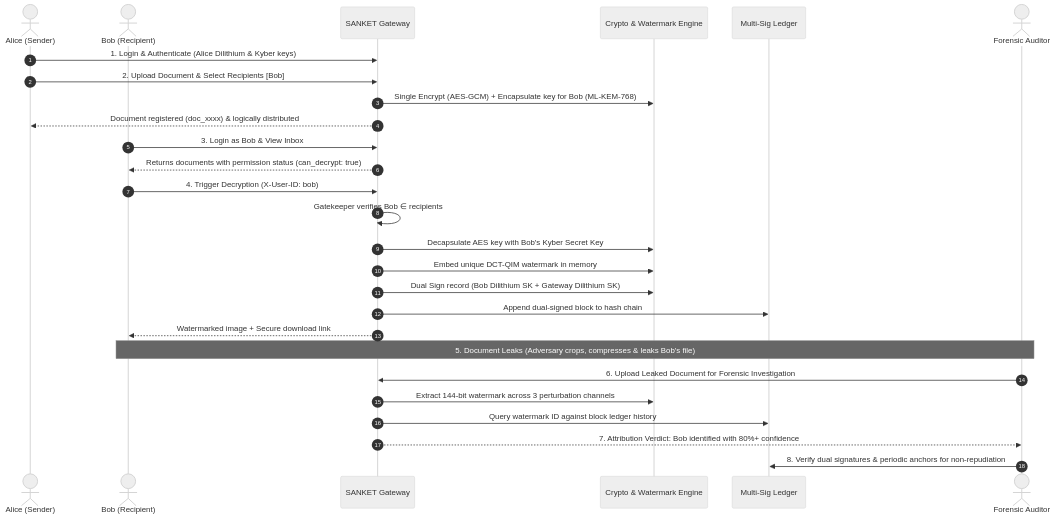
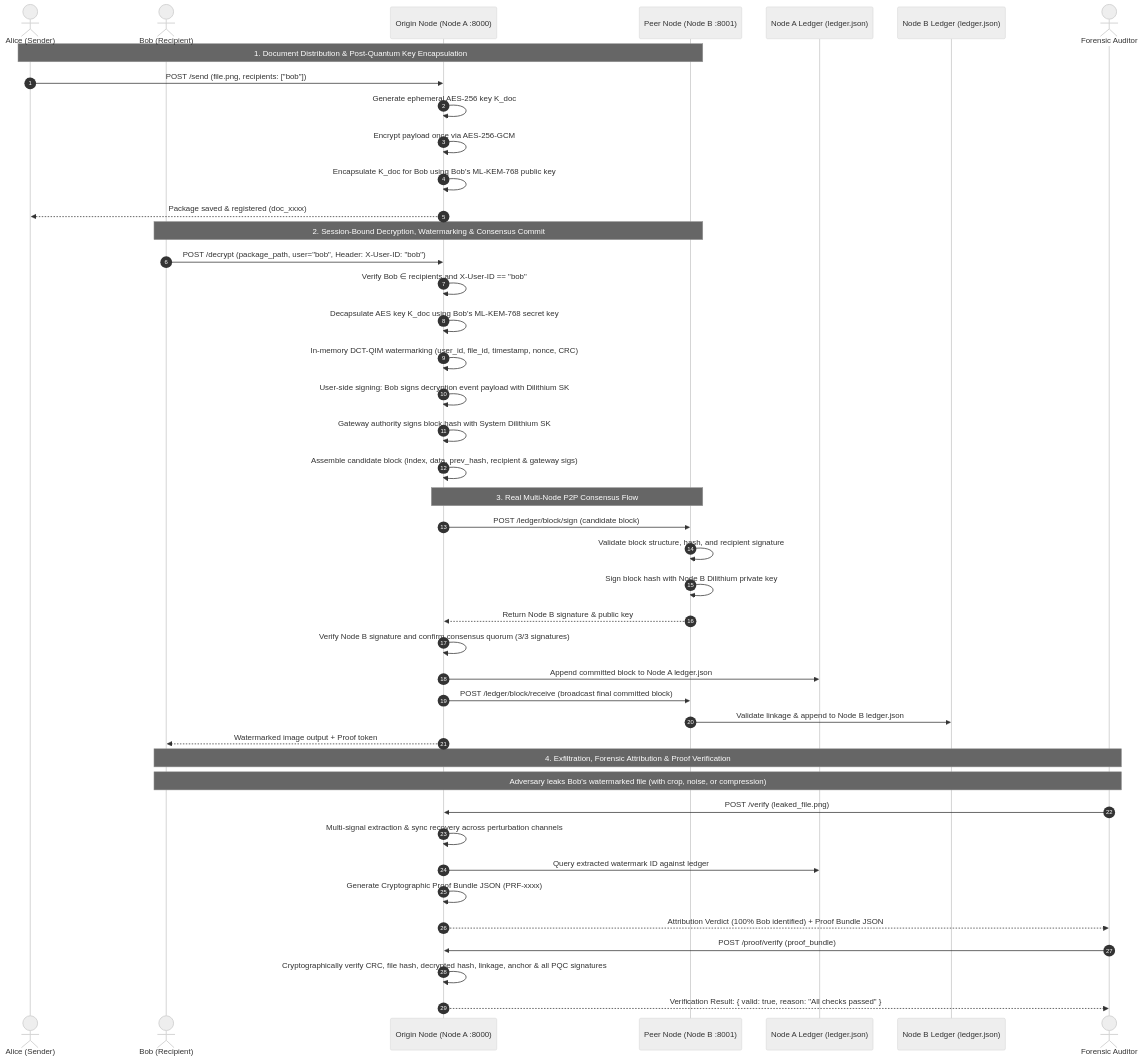
One commit to SuyashGargote/SANKET changed the second of 2 diagrams in docs/SYSTEM_ARCHITECTURE_AND_EXECUTION_GUIDE.md. Above: the diagram before and after it, drawn with Mermaid (neutral theme). The commit also changed other lines of this file and 21 other files, not shown here.

````diff
--- a/docs/SYSTEM_ARCHITECTURE_AND_EXECUTION_GUIDE.md
+++ b/docs/SYSTEM_ARCHITECTURE_AND_EXECUTION_GUIDE.md
@@ -80,33 +93,49 @@
 ```mermaid
 sequenceDiagram
     autonumber
     actor Alice as Alice (Sender)
     actor Bob as Bob (Recipient)
-    participant API as SANKET Gateway
-    participant PQC as Crypto & Watermark Engine
-    participant Ledger as Multi-Sig Ledger
+    participant Origin as Origin Node (Node A :8000)
+    participant Peer as Peer Node (Node B :8001)
+    participant LocalLedger as Node A Ledger (ledger.json)
+    participant PeerLedger as Node B Ledger (ledger.json)
     actor Auditor as Forensic Auditor
 
-    Alice->>API: 1. Login & Authenticate (Alice Dilithium & Kyber keys)
-    Alice->>API: 2. Upload Document & Select Recipients [Bob]
-    API->>PQC: Single Encrypt (AES-GCM) + Encapsulate key for Bob (ML-KEM-768)
-    API-->>Alice: Document registered (doc_xxxx) & logically distributed
+    Note over Alice,Peer: 1. Document Distribution & Post-Quantum Key Encapsulation
+    Alice->>Origin: POST /send (file.png, recipients: ["bob"])
+    Origin->>Origin: Generate ephemeral AES-256 key K_doc
+    Origin->>Origin: Encrypt payload once via AES-256-GCM
+    Origin->>Origin: Encapsulate K_doc for Bob using Bob's ML-KEM-768 public key
+    Origin-->>Alice: Package saved & registered (doc_xxxx)
 
-    Bob->>API: 3. Login as Bob & View Inbox
-    API-->>Bob: Returns documents with permission status (can_decrypt: true)
+    Note over Bob,Peer: 2. Session-Bound Decryption, Watermarking & Consensus Commit
+    Bob->>Origin: POST /decrypt (package_path, user="bob", Header: X-User-ID: "bob")
+    Origin->>Origin: Verify Bob ∈ recipients and X-User-ID == "bob"
+    Origin->>Origin: Decapsulate AES key K_doc using Bob's ML-KEM-768 secret key
+    Origin->>Origin: In-memory DCT-QIM watermarking (user_id, file_id, timestamp, nonce, CRC)
+    Origin->>Origin: User-side signing: Bob signs decryption event payload with Dilithium SK
+    Origin->>Origin: Gateway authority signs block hash with System Dilithium SK
+    Origin->>Origin: Assemble candidate block (index, data, prev_hash, recipient & gateway sigs)
 
-    Bob->>API: 4. Trigger Decryption (X-User-ID: bob)
-    API->>API: Gatekeeper verifies Bob ∈ recipients
-    API->>PQC: Decapsulate AES key with Bob's Kyber Secret Key
-    API->>PQC: Embed unique DCT-QIM watermark in memory
-    API->>PQC: Dual Sign record (Bob Dilithium SK + Gateway Dilithium SK)
-    API->>Ledger: Append dual-signed block to hash chain
-    API-->>Bob: Watermarked image + Secure download link
+    Note over Origin,Peer: 3. Real Multi-Node P2P Consensus Flow
+    Origin->>Peer: POST /ledger/block/sign (candidate block)
+    Peer->>Peer: Validate block structure, hash, and recipient signature
+    Peer->>Peer: Sign block hash with Node B Dilithium private key
+    Peer-->>Origin: Return Node B signature & public key
+    Origin->>Origin: Verify Node B signature and confirm consensus quorum (3/3 signatures)
+    Origin->>LocalLedger: Append committed block to Node A ledger.json
+    Origin->>Peer: POST /ledger/block/receive (broadcast final committed block)
+    Peer->>PeerLedger: Validate linkage & append to Node B ledger.json
+    Origin-->>Bob: Watermarked image output + Proof token
 
-    Note over Bob,Auditor: 5. Document Leaks (Adversary crops, compresses & leaks Bob's file)
-    Auditor->>API: 6. Upload Leaked Document for Forensic Investigation
-    API->>PQC: Extract 144-bit watermark across 3 perturbation channels
-    API->>Ledger: Query watermark ID against block ledger history
-    API-->>Auditor: 7. Attribution Verdict: Bob identified with 80%+ confidence
-    Auditor->>Ledger: 8. Verify dual signatures & periodic anchors for non-repudiation
+    Note over Bob,Auditor: 4. Exfiltration, Forensic Attribution & Proof Verification
+    Note over Bob,Auditor: Adversary leaks Bob's watermarked file (with crop, noise, or compression)
+    Auditor->>Origin: POST /verify (leaked_file.png)
+    Origin->>Origin: Multi-signal extraction & sync recovery across perturbation channels
+    Origin->>LocalLedger: Query extracted watermark ID against ledger
+    Origin->>Origin: Generate Cryptographic Proof Bundle JSON (PRF-xxxx)
+    Origin-->>Auditor: Attribution Verdict (100% Bob identified) + Proof Bundle JSON
+    Auditor->>Origin: POST /proof/verify (proof_bundle)
+    Origin->>Origin: Cryptographically verify CRC, file hash, decrypted hash, linkage, anchor & all PQC signatures
+    Origin-->>Auditor: Verification Result: { valid: true, reason: "All checks passed" }
 ```
````
